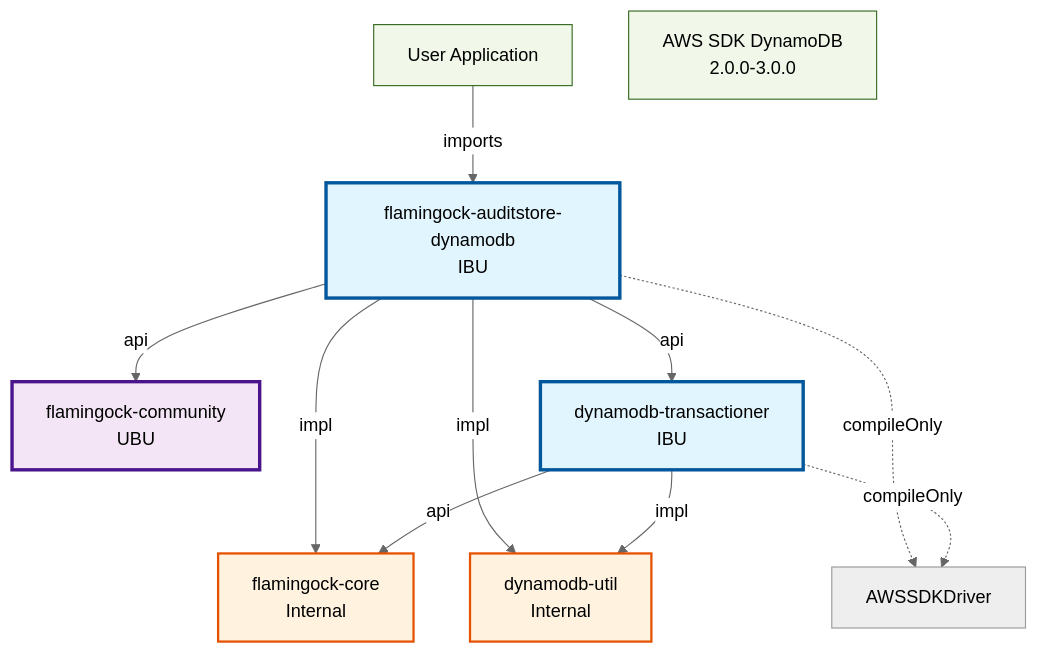
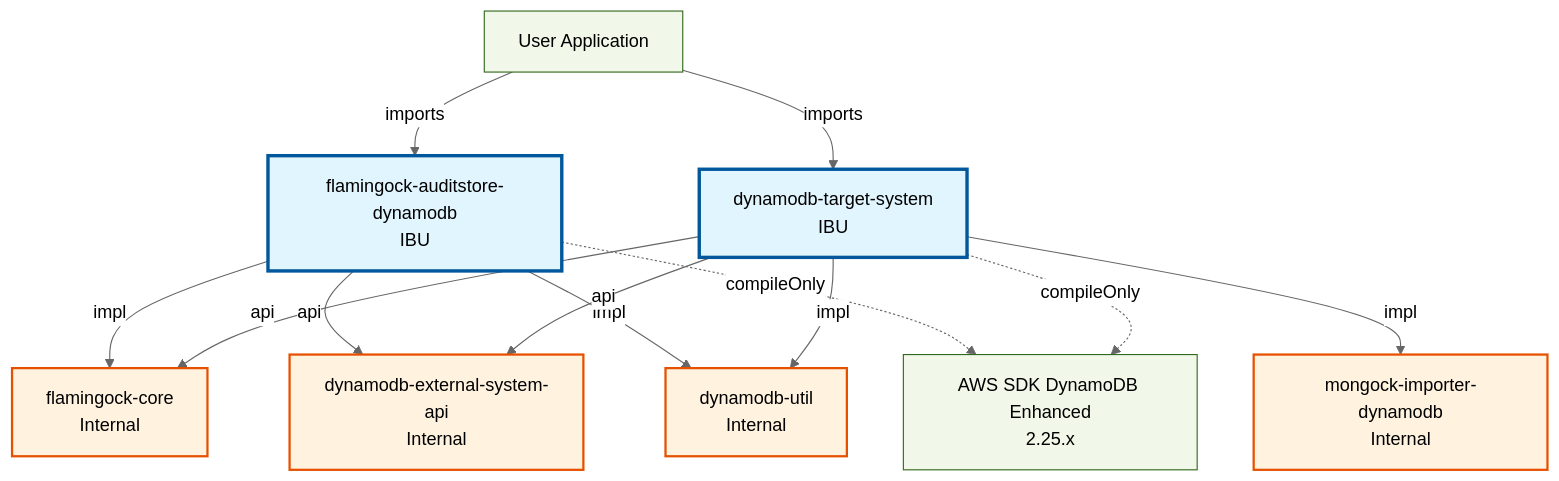
Before and after one commit to flamingock/flamingock-java: the sixth of 7 diagrams in docs/ARCHITECTURE_OVERVIEW.md, drawn with Mermaid (neutral theme). The commit also changed other lines of this file, not shown here.

Commit message:
chore: update architecture document

````diff
--- a/docs/ARCHITECTURE_OVERVIEW.md
+++ b/docs/ARCHITECTURE_OVERVIEW.md
@@ -350,26 +579,29 @@
 ```mermaid
 graph TB
     classDef ibu fill:#e1f5fe,stroke:#01579b,stroke-width:3px
     classDef ubu fill:#f3e5f5,stroke:#4a148c,stroke-width:3px
     classDef internal fill:#fff3e0,stroke:#e65100,stroke-width:2px
     classDef external fill:#f1f8e9,stroke:#33691e,stroke-width:1px
 
     User[User Application]:::external
     User -->|imports| flamingock-auditstore-dynamodb
-    
+    User -->|imports| dynamodb-target-system
+
     flamingock-auditstore-dynamodb[flamingock-auditstore-dynamodb<br/>IBU]:::ibu
-    flamingock-community[flamingock-community<br/>UBU]:::ubu
-    dynamodb-transactioner[dynamodb-transactioner<br/>IBU]:::ibu
+    dynamodb-target-system[dynamodb-target-system<br/>IBU]:::ibu
+    dynamodb-external-system-api[dynamodb-external-system-api<br/>Internal]:::internal
     flamingock-core[flamingock-core<br/>Internal]:::internal
     dynamodb-util[dynamodb-util<br/>Internal]:::internal
-    AWSSDKAuditStore[AWS SDK DynamoDB<br/>2.0.0-3.0.0]:::external
-    
-    flamingock-auditstore-dynamodb -->|api| flamingock-community
-    flamingock-auditstore-dynamodb -->|api| dynamodb-transactioner
+    mongock-importer-dynamodb[mongock-importer-dynamodb<br/>Internal]:::internal
+    AWSSDK[AWS SDK DynamoDB Enhanced<br/>2.25.x]:::external
+
     flamingock-auditstore-dynamodb -->|impl| flamingock-core
+    flamingock-auditstore-dynamodb -->|api| dynamodb-external-system-api
     flamingock-auditstore-dynamodb -->|impl| dynamodb-util
-    flamingock-auditstore-dynamodb -.->|compileOnly| AWSSDKDriver
-    dynamodb-transactioner -->|api| flamingock-core
-    dynamodb-transactioner -->|impl| dynamodb-util
-    dynamodb-transactioner -.->|compileOnly| AWSSDKDriver
+    flamingock-auditstore-dynamodb -.->|compileOnly| AWSSDK
+    dynamodb-target-system -->|api| flamingock-core
+    dynamodb-target-system -->|api| dynamodb-external-system-api
+    dynamodb-target-system -->|impl| dynamodb-util
+    dynamodb-target-system -->|impl| mongock-importer-dynamodb
+    dynamodb-target-system -.->|compileOnly| AWSSDK
 ```
````
